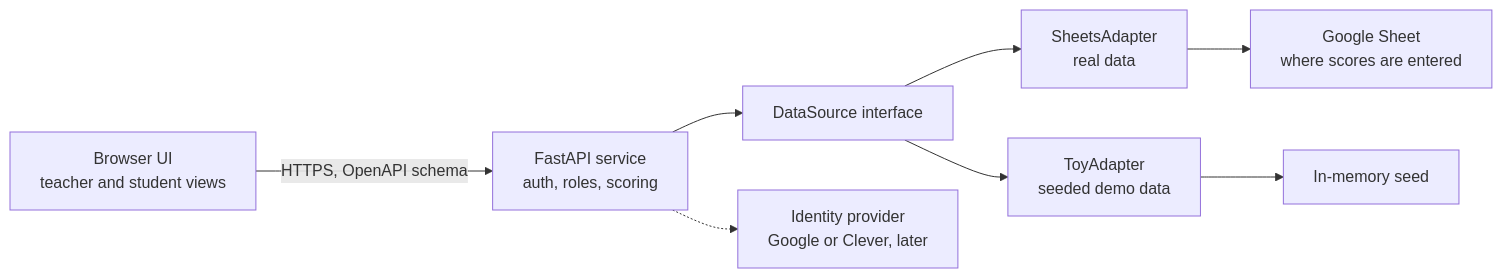
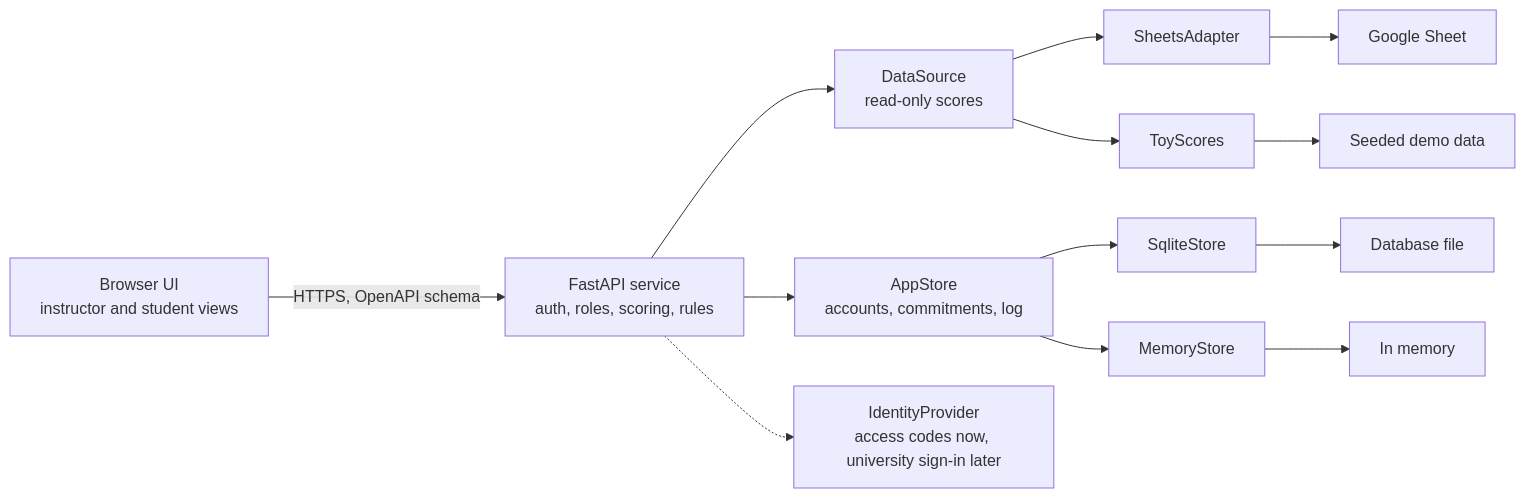
The diagram in _docs/spec.md (educatorsRlearners/league-table), drawn with Mermaid before and after one commit. The commit also changed other lines of this file, not shown here.

Commit message:
Documentation: Rewrite the spec for a university class with commitments-based adjustment

````diff
--- a/_docs/spec.md
+++ b/_docs/spec.md
@@ -173,10 +291,11 @@
 ```mermaid
 flowchart LR
-  UI["Browser UI<br/>teacher and student views"] -->|"HTTPS, OpenAPI schema"| API["FastAPI service<br/>auth, roles, scoring"]
-  API --> DS["DataSource interface"]
-  DS --> A1["SheetsAdapter<br/>real data"]
-  DS --> A2["ToyAdapter<br/>seeded demo data"]
-  A1 --> SRC["Google Sheet<br/>where scores are entered"]
-  A2 --> SEED["In-memory seed"]
-  API -.-> IDP["Identity provider<br/>Google or Clever, later"]
+  UI["Browser UI<br/>instructor and student views"] -->|"HTTPS, OpenAPI schema"| API["FastAPI service<br/>auth, roles, scoring, rules"]
+  API --> DS["DataSource<br/>read-only scores"]
+  API --> AS["AppStore<br/>accounts, commitments, log"]
+  DS --> A1["SheetsAdapter"] --> SRC["Google Sheet"]
+  DS --> A2["ToyScores"] --> SEED["Seeded demo data"]
+  AS --> B1["SqliteStore"] --> DB["Database file"]
+  AS --> B2["MemoryStore"] --> MEM["In memory"]
+  API -.-> IDP["IdentityProvider<br/>access codes now, university sign-in later"]
 ```
````
